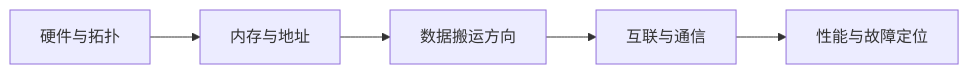
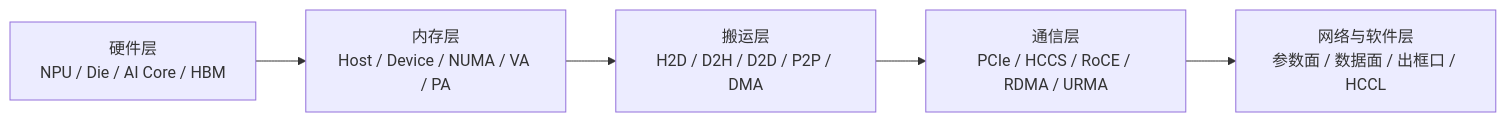
Before and after one commit to nbbb24/Infra-Knowledge: the first of 5 diagrams in docs/zh/index.md, drawn with Mermaid. The commit also changed other lines of this file and 1 other file, not shown here.

Commit message:
docs: mirror complete NPU learning handbook

````diff
--- a/docs/zh/index.md
+++ b/docs/zh/index.md
@@ -21,7 +28,9 @@
 ```mermaid
 flowchart LR
-    A[硬件与拓扑] --> B[内存与地址]
-    B --> C[数据搬运方向]
-    C --> D[互联与通信]
-    D --> E[性能与故障定位]
+    A[硬件层<br/>NPU / Die / AI Core / HBM]
+    B[内存层<br/>Host / Device / NUMA / VA / PA]
+    C[搬运层<br/>H2D / D2H / D2D / P2P / DMA]
+    D[通信层<br/>PCIe / HCCS / RoCE / RDMA / URMA]
+    E[网络与软件层<br/>参数面 / 数据面 / 出框口 / HCCL]
+    A --> B --> C --> D --> E
 ```
````
